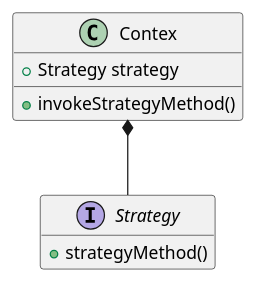
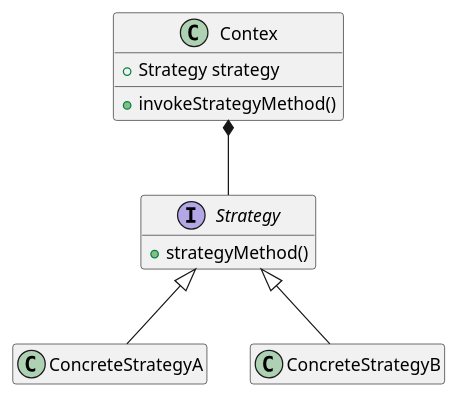
One commit to gama79530/DesignPattern changed the diagram in StrategyPattern/StrategyPattern.puml. Above: the diagram before and after it, drawn with PlantUML. The commit also changed 1 other file, not shown here.

```diff
--- a/StrategyPattern/StrategyPattern.puml
+++ b/StrategyPattern/StrategyPattern.puml
@@ -1,16 +1,24 @@
 @startuml StrategyPattern
 hide empty members
 
 class Contex{
     + Strategy strategy
     + invokeStrategyMethod()
 }
 
 interface Strategy{
     + strategyMethod()
 }
 
+class ConcreteStrategyA{
+}
+
+class ConcreteStrategyB{
+}
+
 
 Contex *-- Strategy
+Strategy <|-- ConcreteStrategyA
+Strategy <|-- ConcreteStrategyB
 
 @enduml
```
